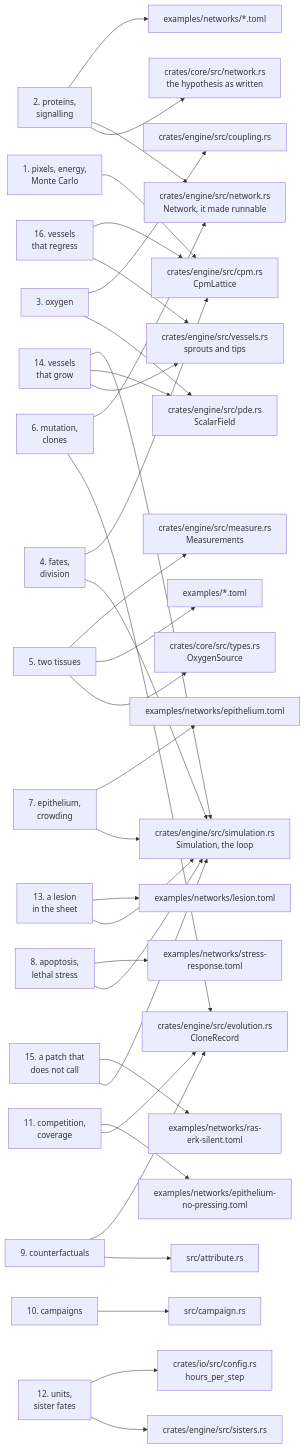
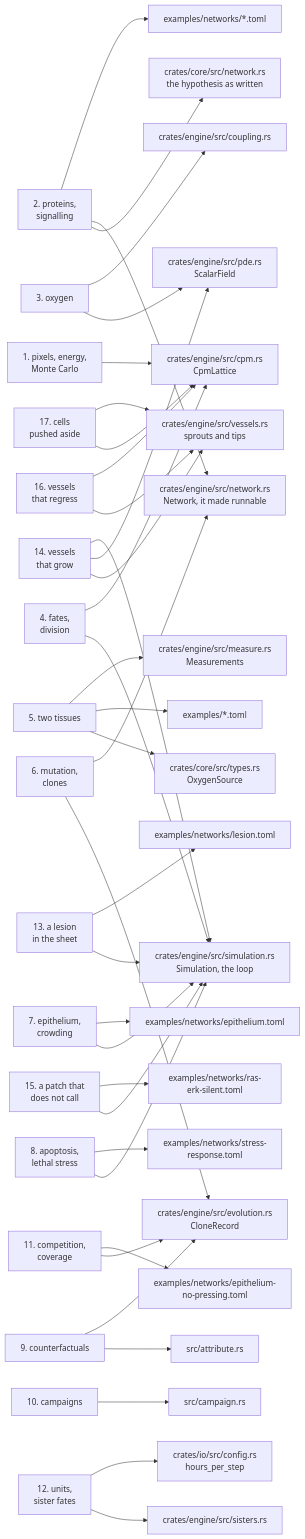
One commit to ngodzik/cellweave changed the diagram in docs/README.md. Above: the diagram before and after it, drawn with Mermaid. The commit also changed other lines of this file and 14 other files, not shown here.

First line of the commit message:
Count the cells growing vessels crush, and let vessels push them aside (#49)

````diff
--- a/docs/README.md
+++ b/docs/README.md
@@ -39,36 +40,38 @@
 ```mermaid
 flowchart LR
     c1["1. pixels, energy,<br/>Monte Carlo"] --> cpm["crates/engine/src/cpm.rs<br/>CpmLattice"]
     c2["2. proteins,<br/>signalling"] --> net["crates/core/src/network.rs<br/>the hypothesis as written"]
     c2 --> run["crates/engine/src/network.rs<br/>Network, it made runnable"]
     c2 --> files["examples/networks/*.toml"]
     c3["3. oxygen"] --> pde["crates/engine/src/pde.rs<br/>ScalarField"]
     c3 --> cpl["crates/engine/src/coupling.rs"]
     c4["4. fates,<br/>division"] --> sim["crates/engine/src/simulation.rs<br/>Simulation, the loop"]
     c4 --> cpm
     c5["5. two tissues"] --> cfg["crates/core/src/types.rs<br/>OxygenSource"]
     c5 --> ex["examples/*.toml"]
     c5 --> mea["crates/engine/src/measure.rs<br/>Measurements"]
     c6["6. mutation,<br/>clones"] --> evo["crates/engine/src/evolution.rs<br/>CloneRecord"]
     c6 --> run
     c7["7. epithelium,<br/>crowding"] --> sim
     c7 --> epi["examples/networks/epithelium.toml"]
     c8["8. apoptosis,<br/>lethal stress"] --> sim
     c8 --> str["examples/networks/stress-response.toml"]
     c9["9. counterfactuals"] --> att["src/attribute.rs"]
     c9 --> evo
     c10["10. campaigns"] --> camp["src/campaign.rs"]
     c11["11. competition,<br/>coverage"] --> evo
     c11 --> nop["examples/networks/epithelium-no-pressing.toml"]
     c12["12. units,<br/>sister fates"] --> sis["crates/engine/src/sisters.rs"]
     c12 --> conf["crates/io/src/config.rs<br/>hours_per_step"]
     c13["13. a lesion<br/>in the sheet"] --> sim
     c13 --> les["examples/networks/lesion.toml"]
     c14["14. vessels<br/>that grow"] --> ves["crates/engine/src/vessels.rs<br/>sprouts and tips"]
     c14 --> pde
     c14 --> sim
     c15["15. a patch that<br/>does not call"] --> sim
     c15 --> sil["examples/networks/ras-erk-silent.toml"]
     c16["16. vessels<br/>that regress"] --> ves
     c16 --> cpm
+    c17["17. cells<br/>pushed aside"] --> cpm
+    c17 --> ves
 ```
````
